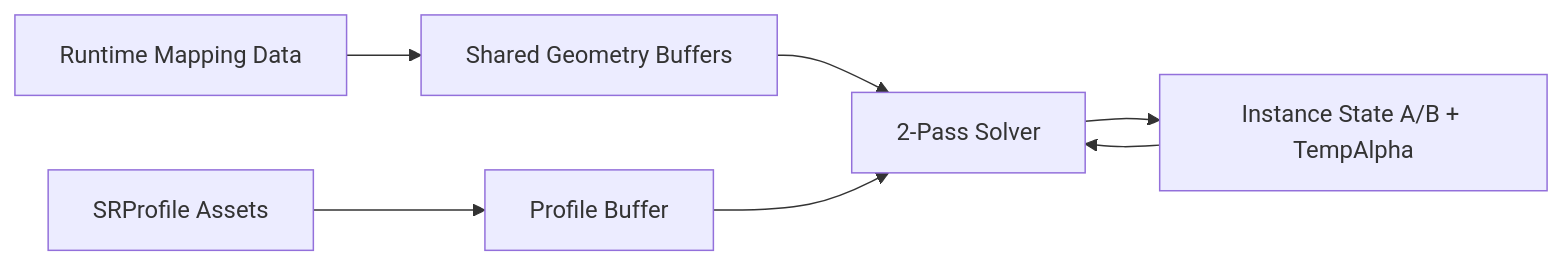
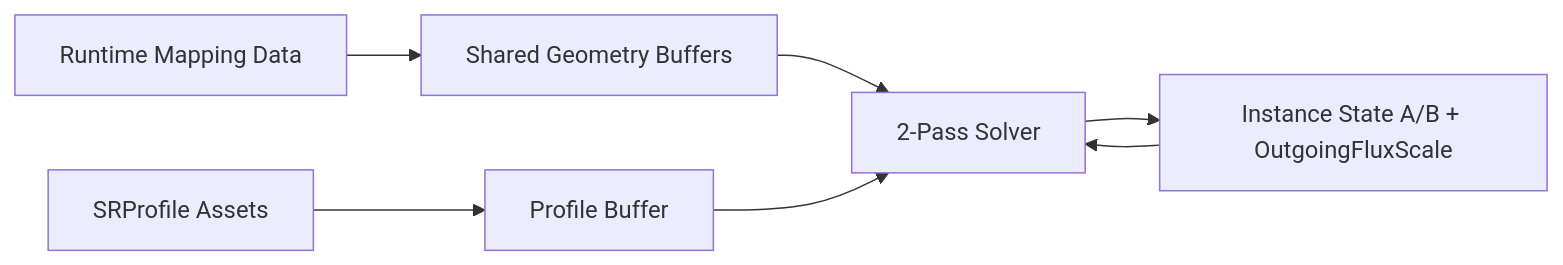
The first of 2 diagrams in Docs/MDSSP-Vault/05_Development/Notes/0003_Surface-State-GPU-Resource.md (Yonaim/Material-Dependent-Surface-State-Engine), drawn with Mermaid before and after one commit. The commit also changed other lines of this file and 11 other files, not shown here.

````diff
--- a/Docs/MDSSP-Vault/05_Development/Notes/0003_Surface-State-GPU-Resource.md
+++ b/Docs/MDSSP-Vault/05_Development/Notes/0003_Surface-State-GPU-Resource.md
@@ -23,9 +23,9 @@
 ```mermaid
 flowchart LR
   Mapping[Runtime Mapping Data] --> Shared[Shared Geometry Buffers]
   Profile[SRProfile Assets] --> Profiles[Profile Buffer]
   Shared --> Solver[2-Pass Solver]
   Profiles --> Solver
-  Instance[Instance State A/B + TempAlpha] --> Solver
+  Instance[Instance State A/B + OutgoingFluxScale] --> Solver
   Solver --> Instance
 ```
````
